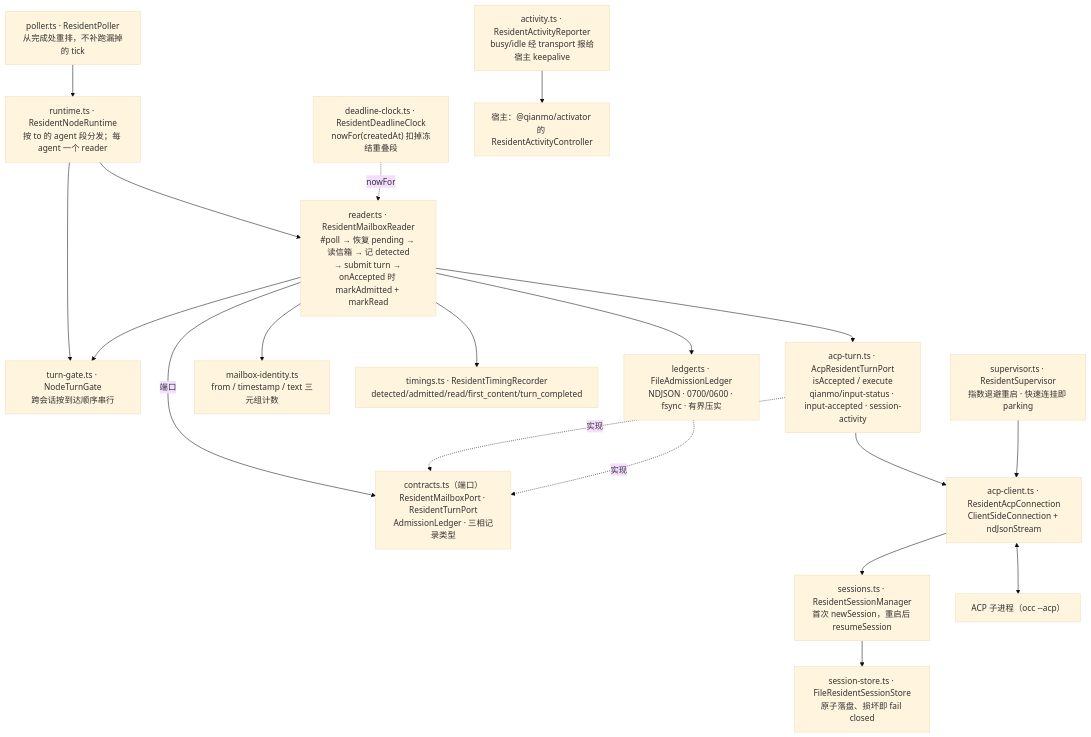
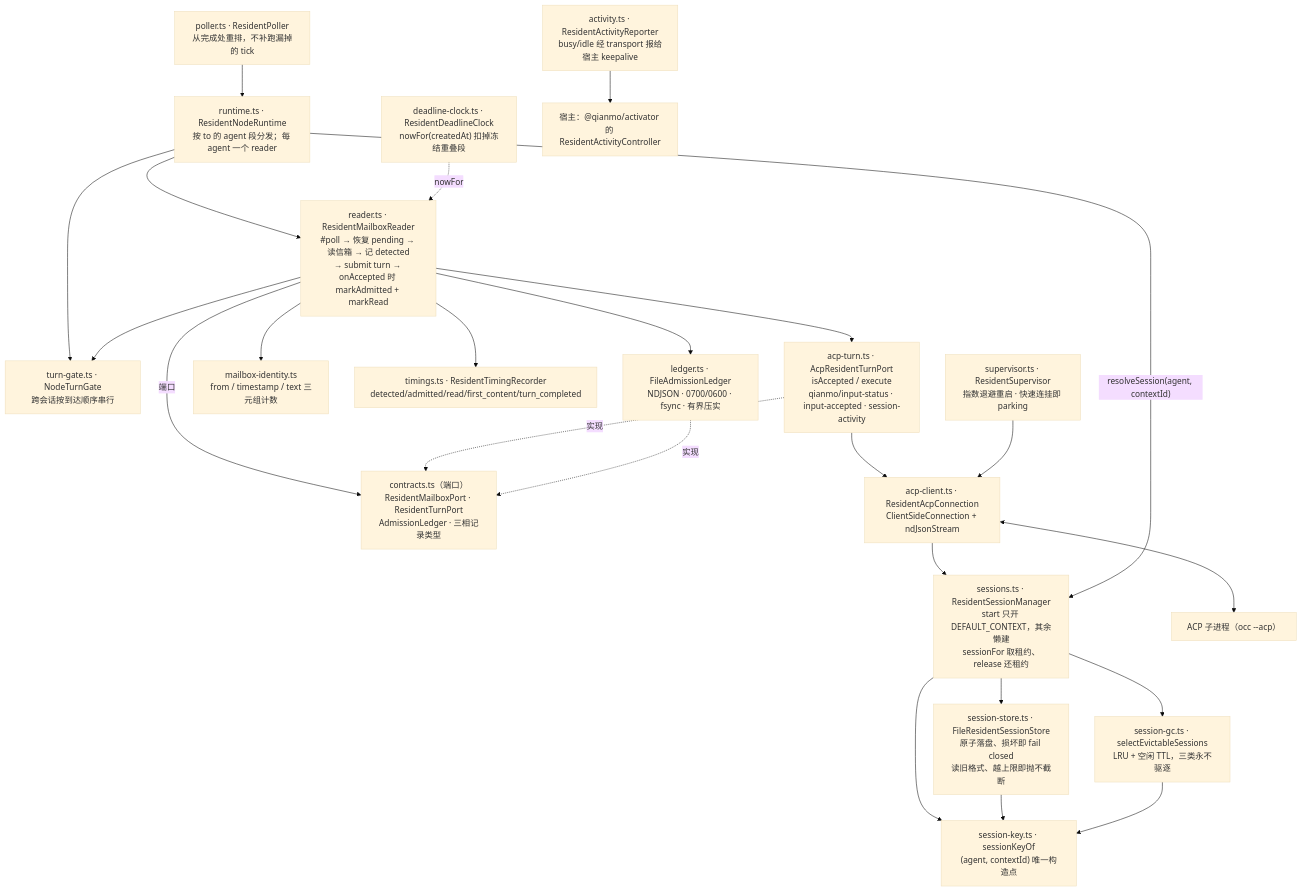
The diagram in packages/resident/README.md (sweetcornna/atlas), drawn with Mermaid (base theme) before and after one commit. The commit also changed other lines of this file, not shown here.

First line of the commit message:
docs(resident): README 补会话键与 GC 的五条不变式

````diff
--- a/packages/resident/README.md
+++ b/packages/resident/README.md
@@ -17,41 +17,48 @@
 ```mermaid
 flowchart TD
   poller["poller.ts · ResidentPoller<br/>从完成处重排，不补跑漏掉的 tick"]
   runtime["runtime.ts · ResidentNodeRuntime<br/>按 to 的 agent 段分发；每 agent 一个 reader"]
   gate["turn-gate.ts · NodeTurnGate<br/>跨会话按到达顺序串行"]
   reader["reader.ts · ResidentMailboxReader<br/>#poll → 恢复 pending → 读信箱 → 记 detected<br/>→ submit turn → onAccepted 时 markAdmitted + markRead"]
   ledger["ledger.ts · FileAdmissionLedger<br/>NDJSON · 0700/0600 · fsync · 有界压实"]
   contracts["contracts.ts（端口）<br/>ResidentMailboxPort · ResidentTurnPort<br/>AdmissionLedger · 三相记录类型"]
   identity["mailbox-identity.ts<br/>from / timestamp / text 三元组计数"]
   timings["timings.ts · ResidentTimingRecorder<br/>detected/admitted/read/first_content/turn_completed"]
   deadline["deadline-clock.ts · ResidentDeadlineClock<br/>nowFor(createdAt) 扣掉冻结重叠段"]
 
   turnport["acp-turn.ts · AcpResidentTurnPort<br/>isAccepted / execute<br/>qianmo/input-status · input-accepted · session-activity"]
   client["acp-client.ts · ResidentAcpConnection<br/>ClientSideConnection + ndJsonStream"]
-  sessions["sessions.ts · ResidentSessionManager<br/>首次 newSession，重启后 resumeSession"]
-  store["session-store.ts · FileResidentSessionStore<br/>原子落盘、损坏即 fail closed"]
+  sessions["sessions.ts · ResidentSessionManager<br/>start 只开 DEFAULT_CONTEXT，其余懒建<br/>sessionFor 取租约、release 还租约"]
+  key["session-key.ts · sessionKeyOf<br/>(agent, contextId) 唯一构造点"]
+  gc["session-gc.ts · selectEvictableSessions<br/>LRU + 空闲 TTL，三类永不驱逐"]
+  store["session-store.ts · FileResidentSessionStore<br/>原子落盘、损坏即 fail closed<br/>读旧格式、越上限即抛不截断"]
   supervisor["supervisor.ts · ResidentSupervisor<br/>指数退避重启 · 快速连挂即 parking"]
   activity["activity.ts · ResidentActivityReporter<br/>busy/idle 经 transport 报给宿主 keepalive"]
 
   acp["ACP 子进程（occ --acp）"]
   host["宿主：@qianmo/activator 的 ResidentActivityController"]
 
   poller --> runtime
   runtime --> reader
   runtime --> gate
   reader --> gate
   reader --> ledger
   reader --> identity
   reader --> timings
   reader -->|端口| contracts
   turnport -.->|"实现"| contracts
   ledger -.->|"实现"| contracts
   reader --> turnport
   turnport --> client
   client --> sessions
   sessions --> store
+  sessions --> key
+  sessions --> gc
+  store --> key
+  gc --> key
+  runtime -->|"resolveSession(agent, contextId)"| sessions
   supervisor --> client
   client <--> acp
   activity --> host
   deadline -.->|"nowFor"| reader
 ```
````
